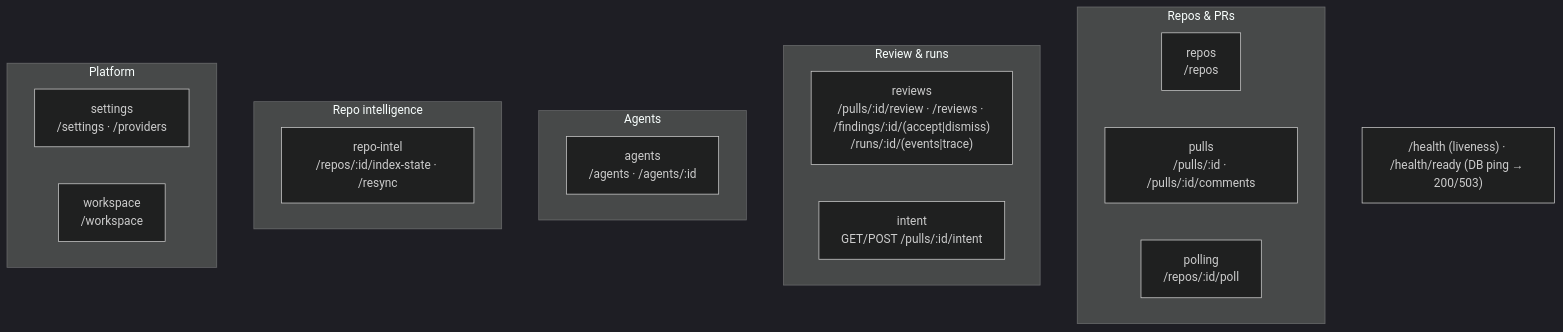
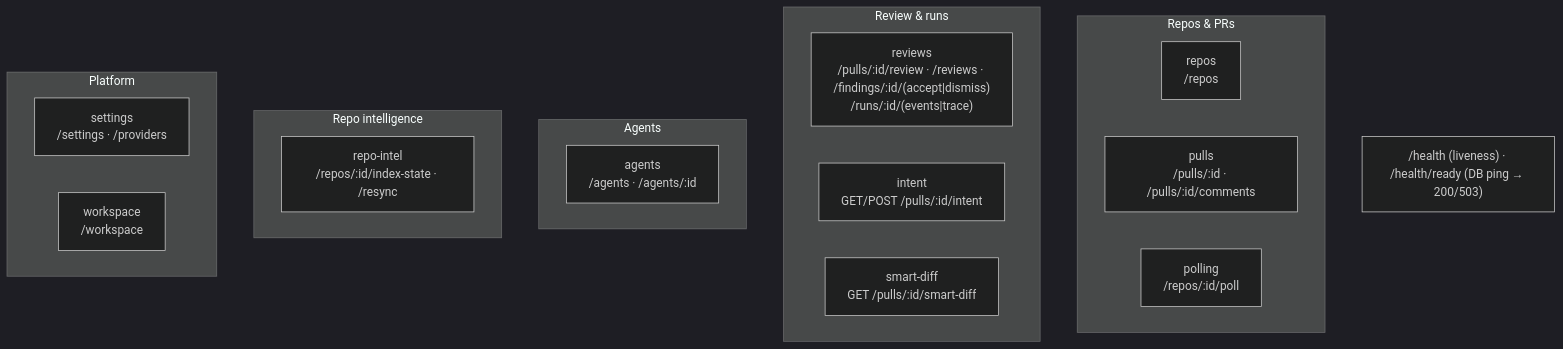
Before and after one commit to tetiana-taranushchenko/dev-digest: the second of 2 diagrams in server/README.md, drawn with Mermaid (dark theme). The commit also changed 41 other files, not shown here.

Commit message:
feat: implement Smart Diff with inline finding navigation

````diff
--- a/server/README.md
+++ b/server/README.md
@@ -64,23 +64,24 @@
 ```mermaid
 flowchart TB
   subgraph Repos_PRs["Repos & PRs"]
     repos["repos<br/>/repos"]
     pulls["pulls<br/>/pulls/:id · /pulls/:id/comments"]
     polling["polling<br/>/repos/:id/poll"]
   end
   subgraph Review["Review & runs"]
     reviews["reviews<br/>/pulls/:id/review · /reviews · /findings/:id/(accept|dismiss)<br/>/runs/:id/(events|trace)"]
     intent["intent<br/>GET/POST /pulls/:id/intent"]
+    smartDiff["smart-diff<br/>GET /pulls/:id/smart-diff"]
   end
   subgraph Agents["Agents"]
     agents["agents<br/>/agents · /agents/:id"]
   end
   subgraph Intel["Repo intelligence"]
     repoIntel["repo-intel<br/>/repos/:id/index-state · /resync"]
   end
   subgraph Platform["Platform"]
     settings["settings<br/>/settings · /providers"]
     workspace["workspace<br/>/workspace"]
   end
   HEALTH["/health (liveness) · /health/ready (DB ping → 200/503)"]
 ```
````
